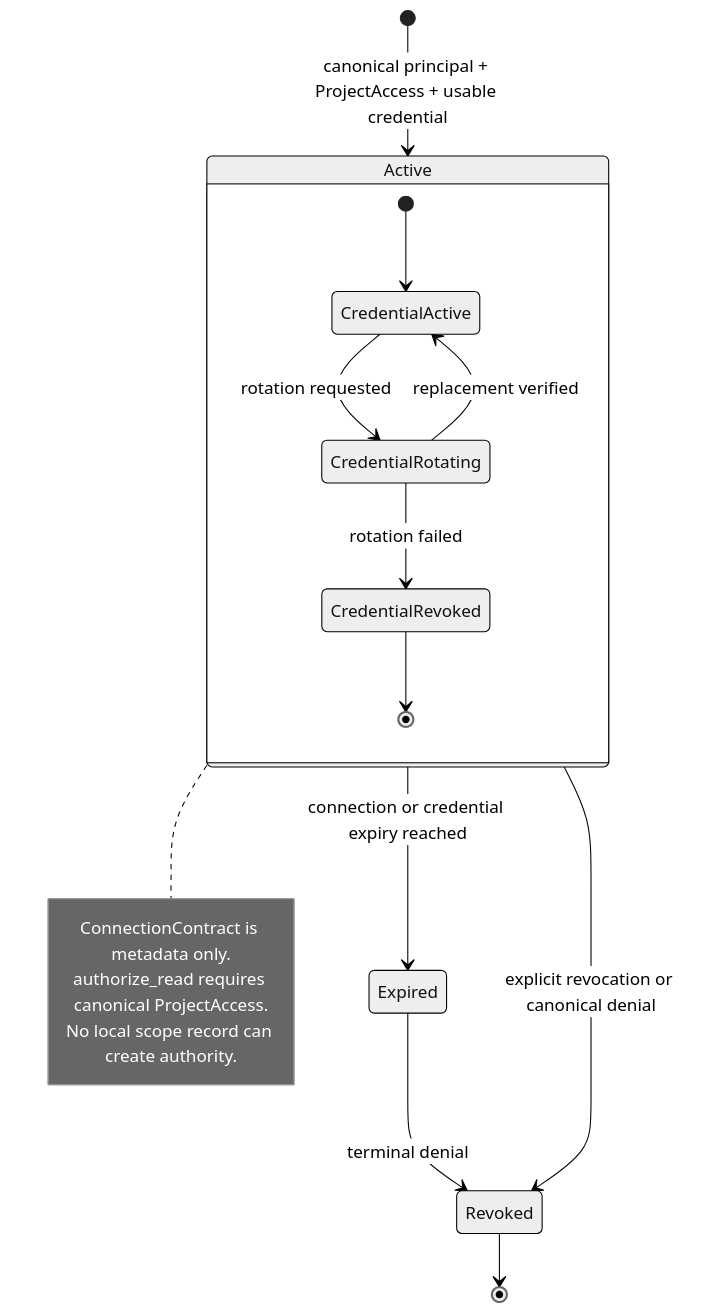
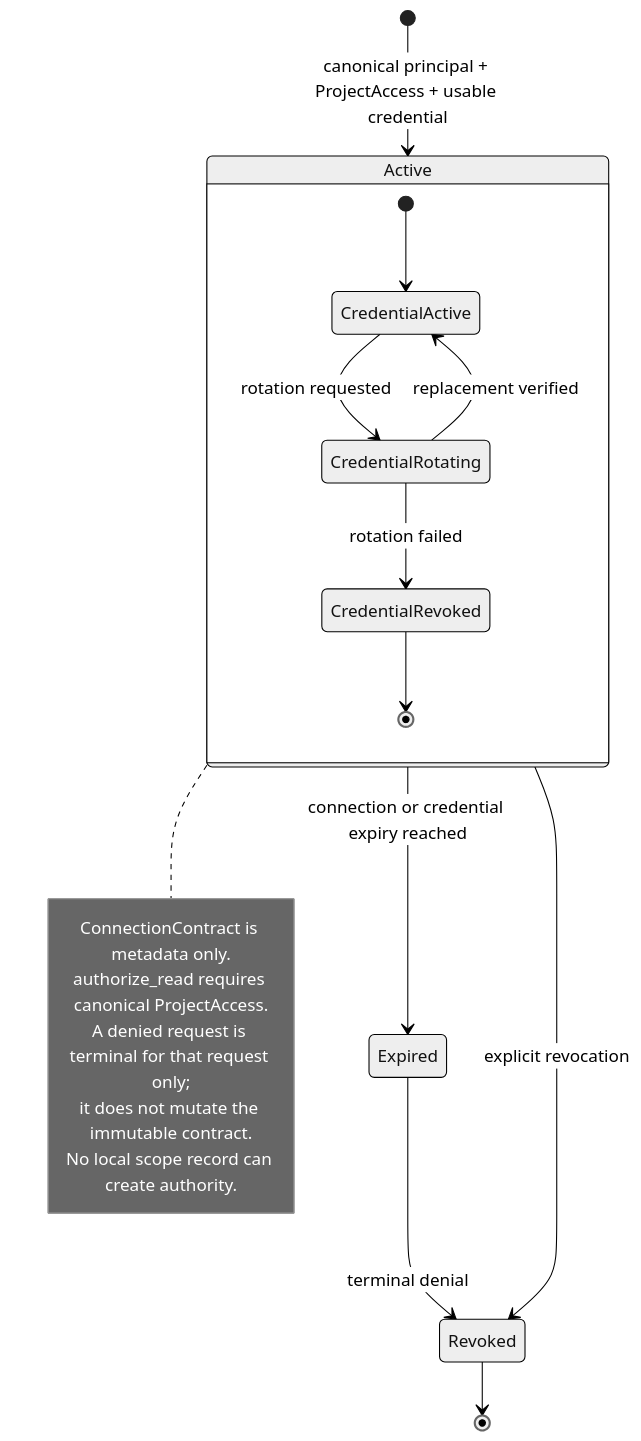
The diagram in docs/architecture/NAGAR_CONNECT_LIFECYCLE.mmd (bot523h/nexus-ai-agent), drawn with Mermaid (neutral theme) before and after one commit. The commit also changed 2 other files, not shown here.

Commit message:
fix(connect): require canonical grants and harden lifecycle inputs

```diff
--- a/docs/architecture/NAGAR_CONNECT_LIFECYCLE.mmd
+++ b/docs/architecture/NAGAR_CONNECT_LIFECYCLE.mmd
@@ -1,20 +1,22 @@
 stateDiagram-v2
     [*] --> Active: canonical principal + ProjectAccess + usable credential
     Active --> Expired: connection or credential expiry reached
-    Active --> Revoked: explicit revocation or canonical denial
+    Active --> Revoked: explicit revocation
     Expired --> Revoked: terminal denial
     Revoked --> [*]
 
     state Active {
         [*] --> CredentialActive
         CredentialActive --> CredentialRotating: rotation requested
         CredentialRotating --> CredentialActive: replacement verified
         CredentialRotating --> CredentialRevoked: rotation failed
         CredentialRevoked --> [*]
     }
 
     note right of Active
       ConnectionContract is metadata only.
       authorize_read requires canonical ProjectAccess.
+      A denied request is terminal for that request only;
+      it does not mutate the immutable contract.
       No local scope record can create authority.
     end note
```
